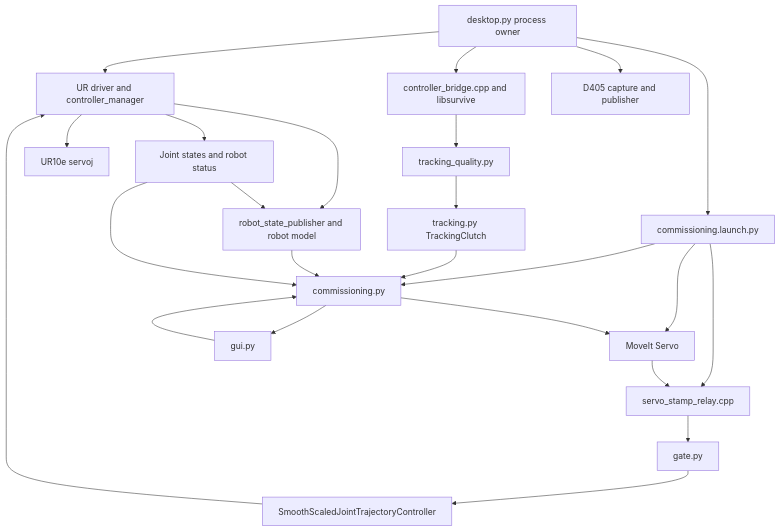
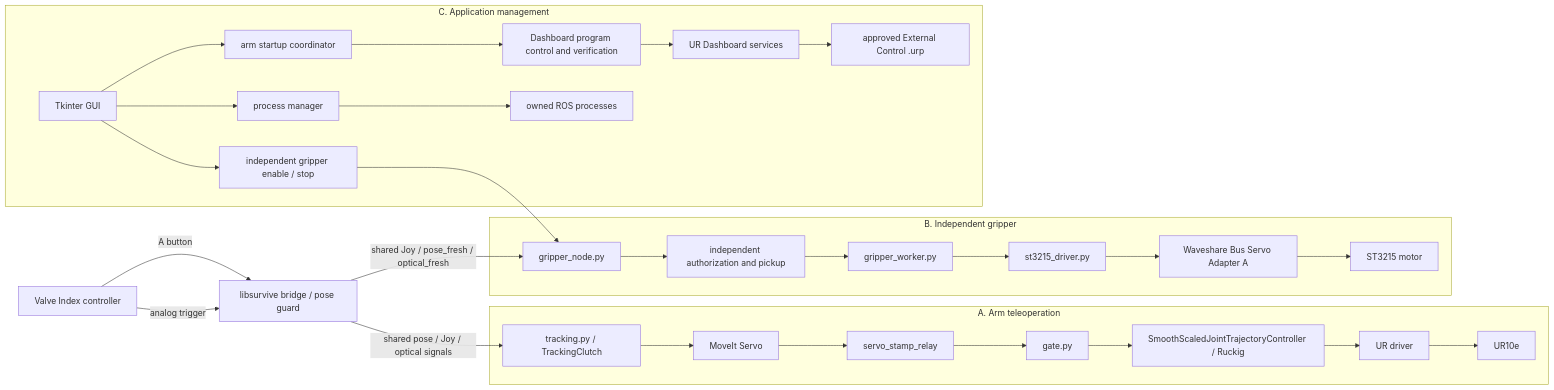
The first of 2 diagrams in docs/ARCHITECTURE.md (stefanoKS/UR_TeleOP_Index), drawn with Mermaid before and after one commit. The commit also changed other lines of this file and 14 other files, not shown here.

Commit message:
docs: synchronize V6.1 architecture and configuration

````diff
--- a/docs/ARCHITECTURE.md
+++ b/docs/ARCHITECTURE.md
@@ -7,26 +7,45 @@
 ```mermaid
-flowchart TD
-    Desktop[desktop.py process owner] --> Driver[UR driver and controller_manager]
-    Desktop --> Bridge[controller_bridge.cpp and libsurvive]
-    Desktop --> Launch[commissioning.launch.py]
-    Desktop --> Camera[D405 capture and publisher]
-    Driver --> Model[robot_state_publisher and robot model]
-    Launch --> Servo[MoveIt Servo]
-    Launch --> Relay[servo_stamp_relay.cpp]
-    Launch --> Commission[commissioning.py]
-    Bridge --> Quality[tracking_quality.py]
-    Quality --> Tracking[tracking.py TrackingClutch]
-    Tracking --> Commission
-    Commission --> Servo
-    Servo --> Relay
-    Relay --> Gate[gate.py]
-    Gate --> Controller[SmoothScaledJointTrajectoryController]
-    Controller --> Driver
-    Driver --> UR[UR10e servoj]
-    Driver --> Measured[Joint states and robot status]
-    Measured --> Model
-    Model --> Commission
-    Measured --> Commission
-    GUI[gui.py] --> Commission
-    Commission --> GUI
+flowchart LR
+    Index[Valve Index controller]
+    Survive[libsurvive bridge / pose guard]
+
+    subgraph Arm["A. Arm teleoperation"]
+        A1[tracking.py / TrackingClutch]
+        A2[MoveIt Servo]
+        A3[servo_stamp_relay]
+        A4[gate.py]
+        A5[SmoothScaledJointTrajectoryController / Ruckig]
+        A6[UR driver]
+        A7[UR10e]
+    end
+
+    subgraph Grip["B. Independent gripper"]
+        G1[gripper_node.py]
+        G2[independent authorization and pickup]
+        G3[gripper_worker.py]
+        G4[st3215_driver.py]
+        G5[Waveshare Bus Servo Adapter A]
+        G6[ST3215 motor]
+    end
+
+    subgraph App["C. Application management"]
+        GUI[Tkinter GUI]
+        Start[arm startup coordinator]
+        Prog[Dashboard program control and verification]
+        Dash[UR Dashboard services]
+        URP[approved External Control .urp]
+        Gctl[independent gripper enable / stop]
+        PM[process manager]
+        Owned[owned ROS processes]
+    end
+
+    Index -->|A button| Survive
+    Index -->|analog trigger| Survive
+    Survive -->|shared pose / Joy / optical signals| A1
+    Survive -->|shared Joy / pose_fresh / optical_fresh| G1
+    A1 --> A2 --> A3 --> A4 --> A5 --> A6 --> A7
+    G1 --> G2 --> G3 --> G4 --> G5 --> G6
+    GUI --> Start --> Prog --> Dash --> URP
+    GUI --> Gctl --> G1
+    GUI --> PM --> Owned
 ```
````
